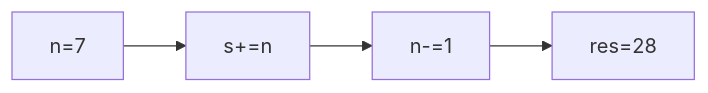
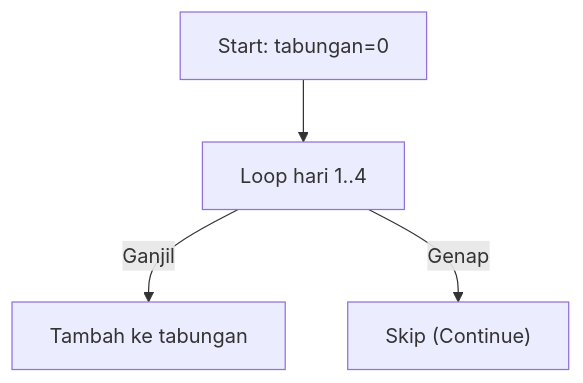
The fifth of 25 diagrams in part-c-pemahaman-cpp/03-perulangan/latihan/set-04.md (amnahwaida/OSNK_INF_PREP), drawn with Mermaid before and after one commit. The commit also changed other lines of this file and 71 other files, not shown here.

````diff
--- a/part-c-pemahaman-cpp/03-perulangan/latihan/set-04.md
+++ b/part-c-pemahaman-cpp/03-perulangan/latihan/set-04.md
@@ -129,6 +152,6 @@
 ```mermaid
-graph LR
-A["n=7"] --> B["s+=n"]
-B --> C["n-=1"]
-C --> D["res=28"]
+graph TD
+A["Start: tabungan=0"] --> B["Loop hari 1..4"]
+B -- Ganjil --> C["Tambah ke tabungan"]
+B -- Genap --> D["Skip (Continue)"]
 ```
````
